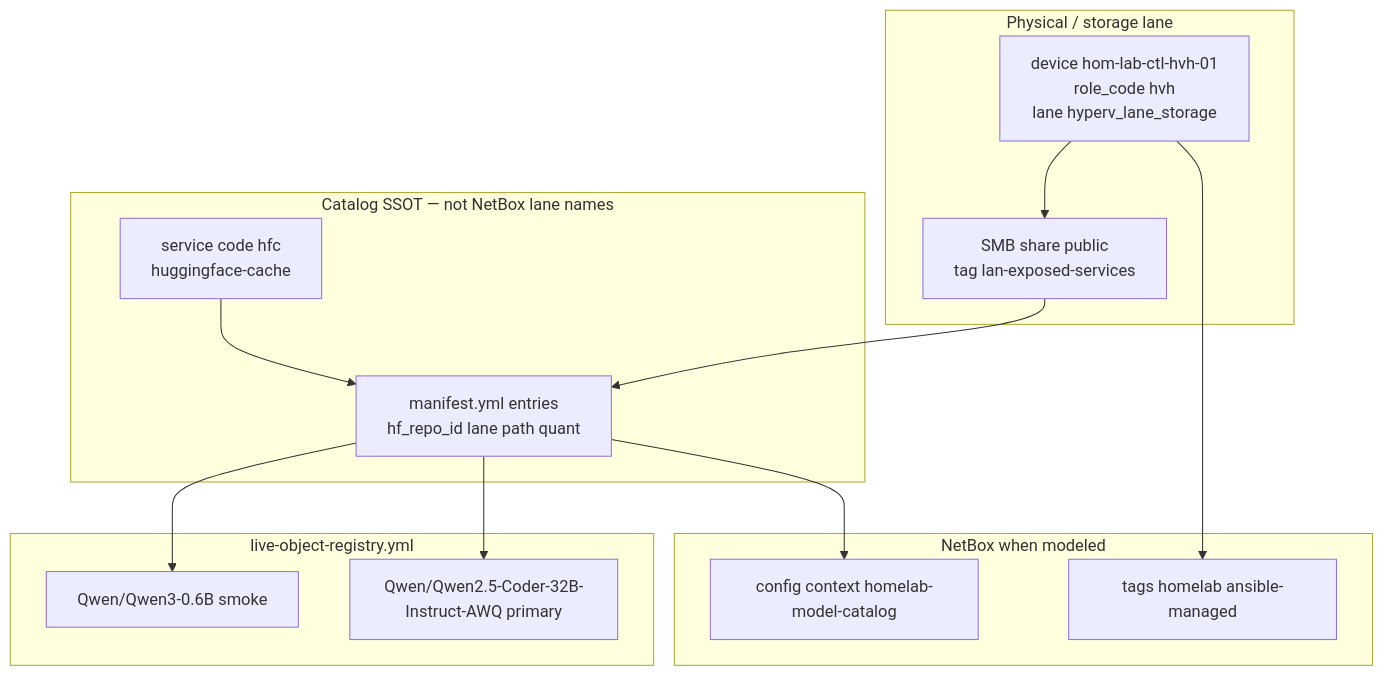
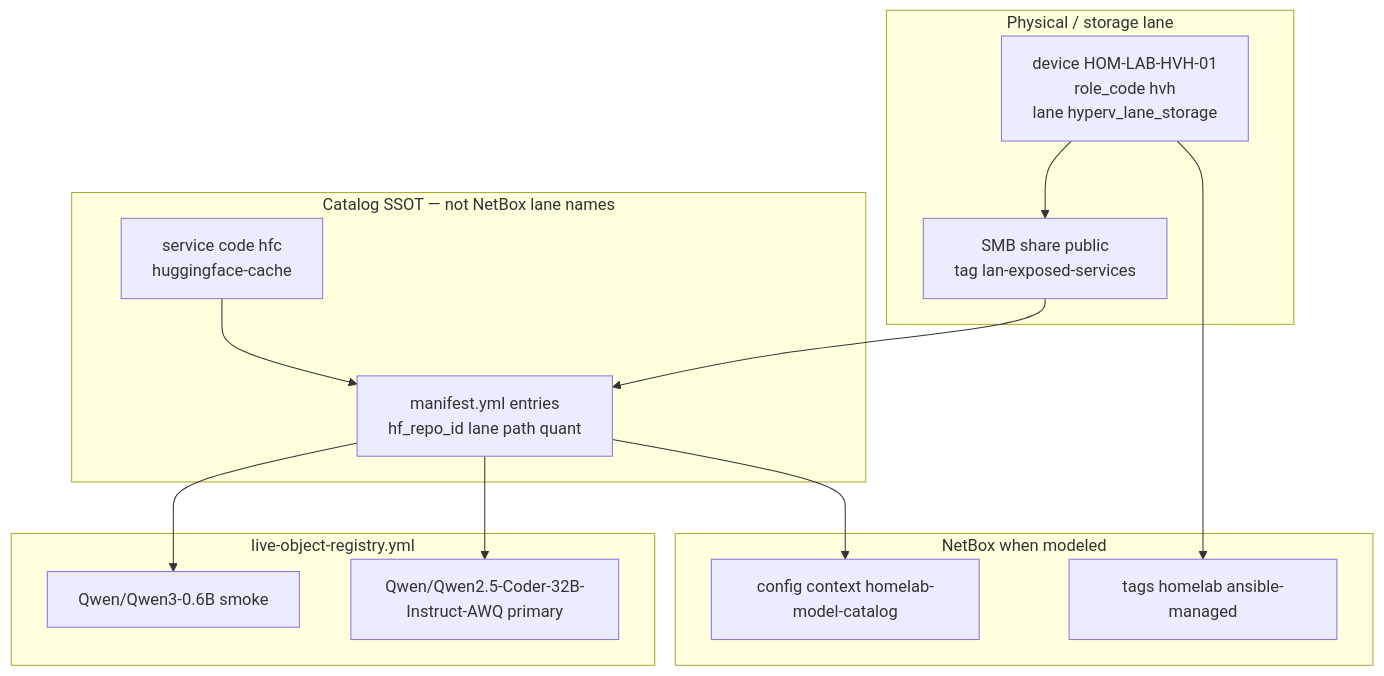
Before and after one commit to doesitscript/dotfile-vnext: the third of 3 diagrams in docs/plans/2026-05-29--ai-model-catalog-hf-storage-incomplete-wip/README.md, drawn with Mermaid. The commit also changed other lines of this file and 271 other files, not shown here.

First line of the commit message:
Rename schema dropping middle ctl and update HOM-LAB-CTL-HVH-01

````diff
--- a/docs/plans/2026-05-29--ai-model-catalog-hf-storage-incomplete-wip/README.md
+++ b/docs/plans/2026-05-29--ai-model-catalog-hf-storage-incomplete-wip/README.md
@@ -171,30 +171,30 @@
 ```mermaid
 graph TB
   subgraph physical [Physical / storage lane]
-    dev["device hom-lab-ctl-hvh-01<br/>role_code hvh<br/>lane hyperv_lane_storage"]
+    dev["device HOM-LAB-HVH-01<br/>role_code hvh<br/>lane hyperv_lane_storage"]
     share["SMB share public<br/>tag lan-exposed-services"]
   end
 
   subgraph catalog [Catalog SSOT — not NetBox lane names]
     manifest["manifest.yml entries<br/>hf_repo_id lane path quant"]
     hfc["service code hfc<br/>huggingface-cache"]
   end
 
   subgraph registry [live-object-registry.yml]
     rowSmoke["Qwen/Qwen3-0.6B smoke"]
     rowPrimary["Qwen/Qwen2.5-Coder-32B-Instruct-AWQ primary"]
   end
 
   subgraph netbox [NetBox when modeled]
     ctx["config context homelab-model-catalog"]
     tags["tags homelab ansible-managed"]
   end
 
   dev --> share
   share --> manifest
   manifest --> rowSmoke
   manifest --> rowPrimary
   hfc --> manifest
   manifest --> ctx
   dev --> tags
 ```
````
